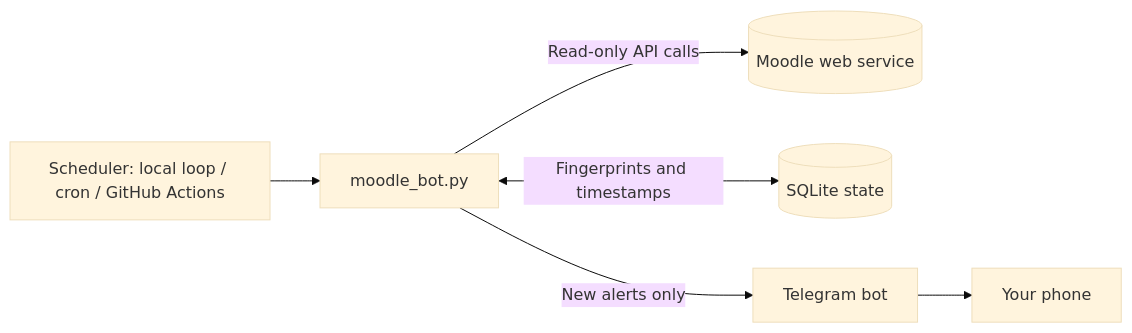
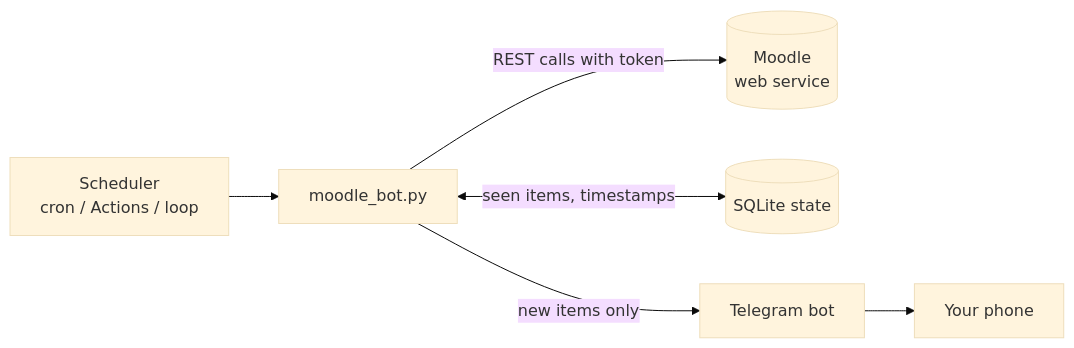
Before and after one commit to vush-man/Moodle-Notifier: the diagram in README.md, drawn with Mermaid (base theme). The commit also changed other lines of this file, not shown here.

First line of the commit message:
Redesign deadline messages and remove the user's name from alerts

````diff
--- a/README.md
+++ b/README.md
@@ -48,8 +54,8 @@
 ```mermaid
 flowchart LR
-    A[Scheduler: local loop / cron / GitHub Actions] --> B[moodle_bot.py]
-    B -->|Read-only API calls| C[(Moodle web service)]
-    B <-->|Fingerprints and timestamps| D[(SQLite state)]
-    B -->|New alerts only| E[Telegram bot]
+    A[Scheduler<br/>cron / Actions / loop] --> B[moodle_bot.py]
+    B -->|REST calls with token| C[(Moodle<br/>web service)]
+    B <-->|seen items, timestamps| D[(SQLite state)]
+    B -->|new items only| E[Telegram bot]
     E --> F[Your phone]
 ```
````
